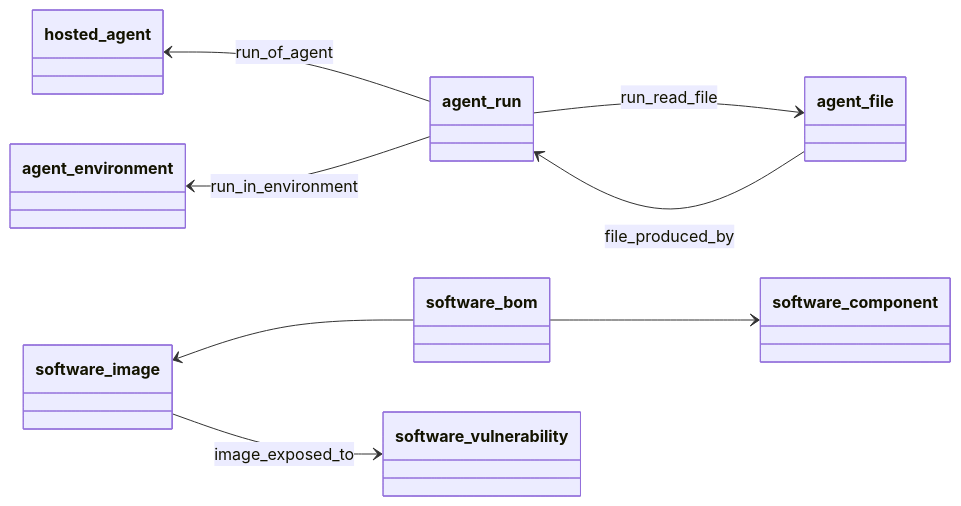
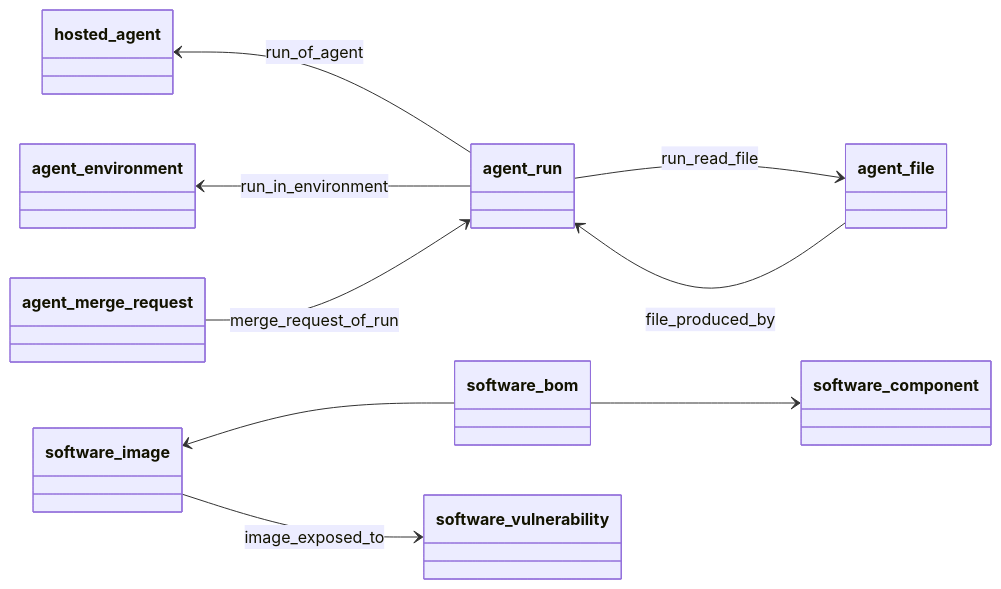
Before and after one commit to Pnex/pnex-rs: diagram 19 of 21 in docs/architecture/agents.md, drawn with Mermaid. The commit also changed other lines of this file and 9 other files, not shown here.

````diff
--- a/docs/architecture/agents.md
+++ b/docs/architecture/agents.md
@@ -552,11 +552,12 @@
 ```mermaid
 classDiagram
   direction LR
   hosted_agent <-- agent_run : run_of_agent
   agent_environment <-- agent_run : run_in_environment
   agent_file --> agent_run : file_produced_by
   agent_run --> agent_file : run_read_file
+  agent_merge_request --> agent_run : merge_request_of_run
   software_image <-- software_bom
   software_image --> software_vulnerability : image_exposed_to
   software_bom --> software_component
 ```
````
